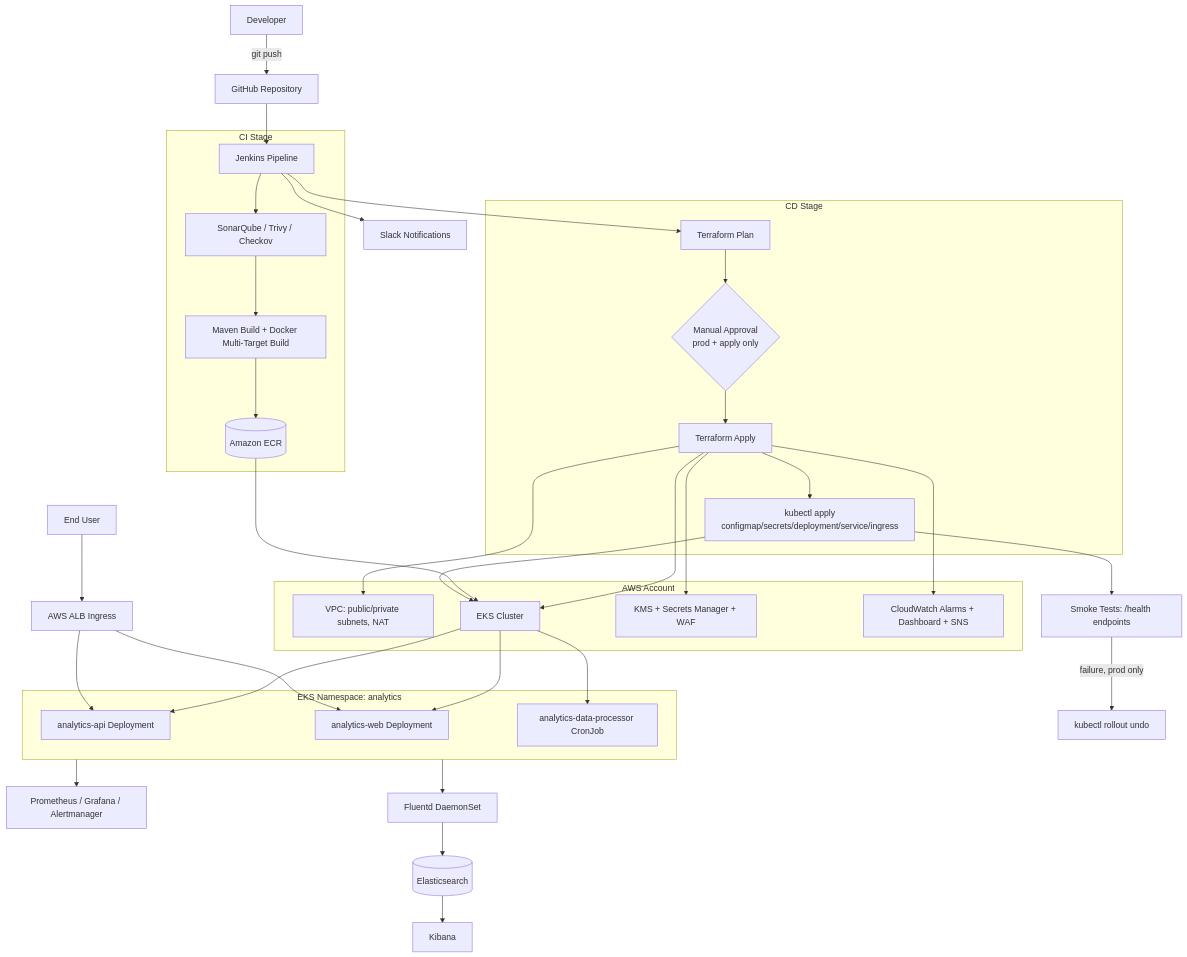
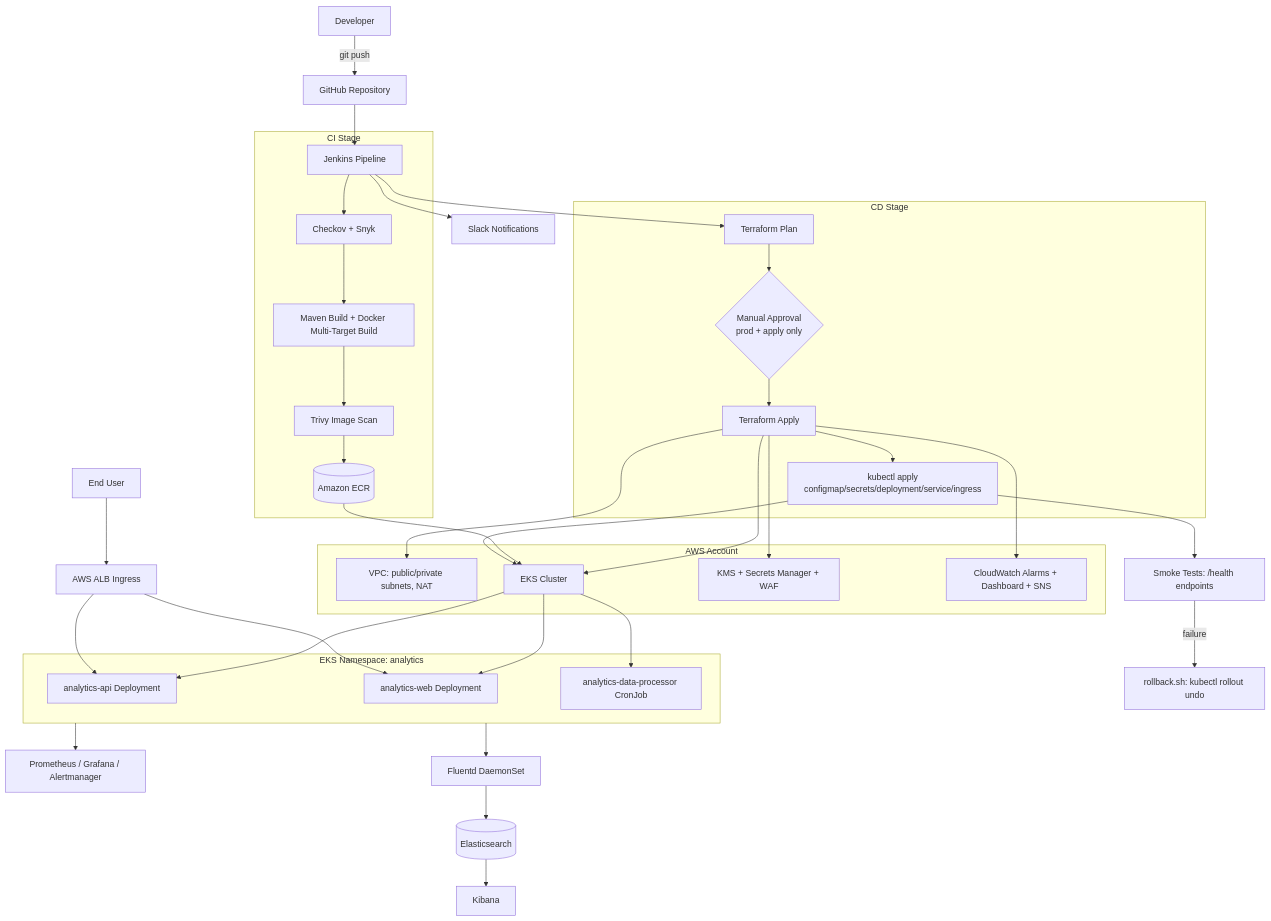
Before and after one commit to LikithKumar0112/Automated-Enterprise-Deployment-Platform-capstone2: the first of 2 diagrams in README.md, drawn with Mermaid. The commit also changed other lines of this file and 6 other files, not shown here.

````diff
--- a/README.md
+++ b/README.md
@@ -70,46 +72,47 @@
 ```mermaid
 flowchart TB
     Dev[Developer] -->|git push| Repo[GitHub Repository]
     Repo --> Jenkins[Jenkins Pipeline]
 
     subgraph CI["CI Stage"]
-        Jenkins --> Scan[SonarQube / Trivy / Checkov]
+        Jenkins --> Scan[Checkov + Snyk]
         Scan --> Build[Maven Build + Docker Multi-Target Build]
-        Build --> ECR[(Amazon ECR)]
+        Build --> Trivy[Trivy Image Scan]
+        Trivy --> ECR[(Amazon ECR)]
     end
 
     subgraph CD["CD Stage"]
         Jenkins --> TFPlan[Terraform Plan]
         TFPlan --> Approval{Manual Approval\nprod + apply only}
         Approval --> TFApply[Terraform Apply]
         TFApply --> K8sDeploy[kubectl apply\nconfigmap/secrets/deployment/service/ingress]
     end
 
     subgraph AWS["AWS Account"]
         TFApply --> VPC[VPC: public/private subnets, NAT]
         TFApply --> EKS[EKS Cluster]
         TFApply --> SecBase[KMS + Secrets Manager + WAF]
         TFApply --> MonStack[CloudWatch Alarms + Dashboard + SNS]
         ECR --> EKS
         K8sDeploy --> EKS
     end
 
     subgraph Workloads["EKS Namespace: analytics"]
         EKS --> API[analytics-api Deployment]
         EKS --> Web[analytics-web Deployment]
         EKS --> Proc[analytics-data-processor CronJob]
     end
 
     ALB[AWS ALB Ingress] --> API
     ALB --> Web
     User[End User] --> ALB
 
     Workloads --> Prometheus[Prometheus / Grafana / Alertmanager]
     Workloads --> Fluentd[Fluentd DaemonSet]
     Fluentd --> Elasticsearch[(Elasticsearch)]
     Elasticsearch --> Kibana[Kibana]
 
     K8sDeploy --> SmokeTest[Smoke Tests: /health endpoints]
-    SmokeTest -->|failure, prod only| Rollback[kubectl rollout undo]
+    SmokeTest -->|failure| Rollback[rollback.sh: kubectl rollout undo]
     Jenkins --> Slack[Slack Notifications]
 ```
````
